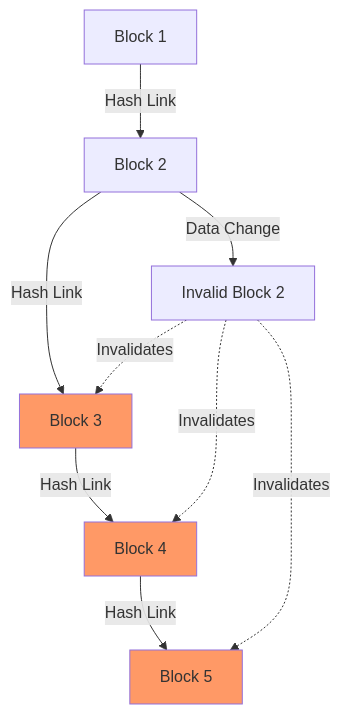
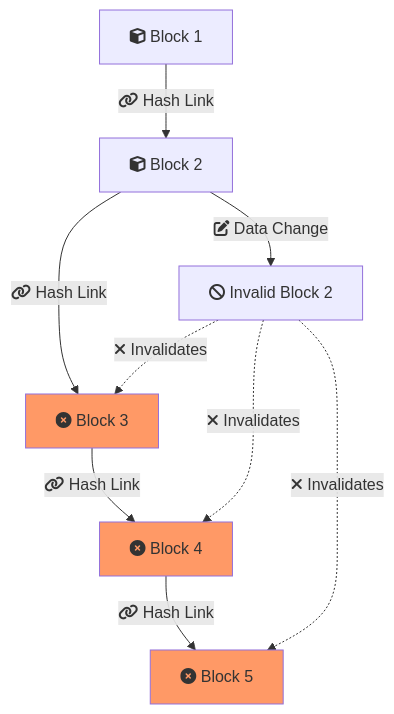
The third of 22 diagrams in _posts/2024-07-06-blockchain-for-dummies.md (kelvin-bz/blog), drawn with Mermaid before and after one commit. The commit also changed other lines of this file, not shown here.

````diff
--- a/_posts/2024-07-06-blockchain-for-dummies.md
+++ b/_posts/2024-07-06-blockchain-for-dummies.md
@@ -108,20 +108,22 @@
 ```mermaid
 graph TD
-        block1["Block 1"]
-        block2["Block 2"]
-        block3["Block 3"]:::invalid
-        block4["Block 4"]:::invalid
-        block5["Block 5"]:::invalid
+    block1["fa:fa-cube Block 1"]
+    block2["fa:fa-cube Block 2"]
+    block3["fa:fa-times-circle Block 3"]:::invalid
+    block4["fa:fa-times-circle Block 4"]:::invalid
+    block5["fa:fa-times-circle Block 5"]:::invalid
 
-        block1 -->|Hash Link| block2
-        block2 -->|Hash Link| block3
-        block3 -->|Hash Link| block4
-        block4 -->|Hash Link| block5
-    
-    block2 -- "Data Change" --> invalidBlock2["Invalid Block 2"]
-    invalidBlock2 -.-> |"Invalidates"| block3
-    invalidBlock2 -.-> |"Invalidates"| block4
-    invalidBlock2 -.-> |"Invalidates"| block5
+    block1 -->|fa:fa-link Hash Link| block2
+    block2 -->|fa:fa-link Hash Link| block3
+    block3 -->|fa:fa-link Hash Link| block4
+    block4 -->|fa:fa-link Hash Link| block5
+
+    block2 -- "fa:fa-edit Data Change" --> invalidBlock2["fa:fa-ban Invalid Block 2"]
+    invalidBlock2 -.-> |"fa:fa-times Invalidates"| block3
+    invalidBlock2 -.-> |"fa:fa-times Invalidates"| block4
+    invalidBlock2 -.-> |"fa:fa-times Invalidates"| block5
+
     classDef invalid fill:#f96
 
+
 ```
````
